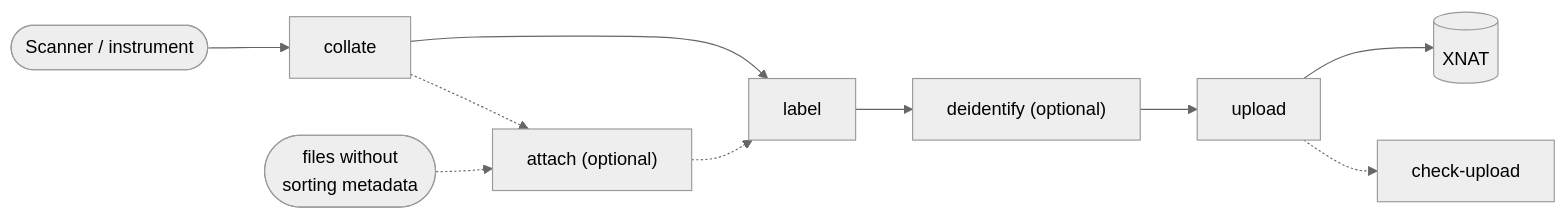
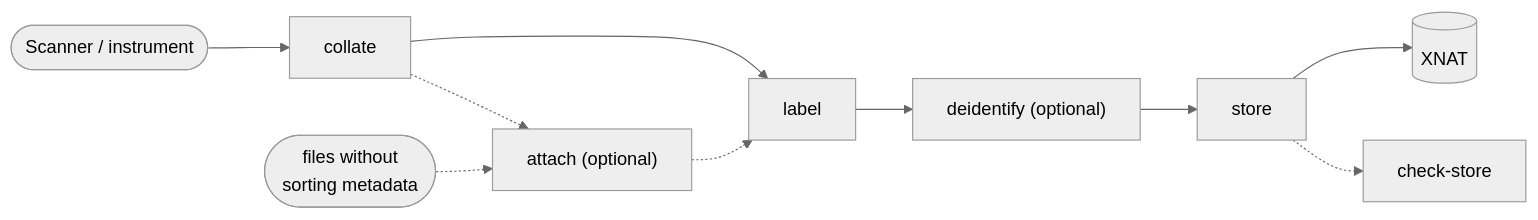
One commit to Australian-Imaging-Service/xnat-ingest changed the diagram in README.md. Above: the diagram before and after it, drawn with Mermaid (neutral theme). The commit also changed 46 other files, not shown here.

Commit message:
renamed upload to store

````diff
--- a/README.md
+++ b/README.md
@@ -25,13 +25,13 @@
 ```mermaid
 flowchart LR
     Scanner(["Scanner / instrument"]) --> Collate["collate"]
     Collate --> Label["label"]
     Label --> Deidentify["deidentify (optional)"]
-    Deidentify --> Upload["upload"]
-    Upload --> XNAT[("XNAT")]
-    Upload -.-> CheckUpload["check-upload"]
+    Deidentify --> Store["store"]
+    Store --> XNAT[("XNAT")]
+    Store -.-> CheckStore["check-store"]
 
     Extra(["files without\nsorting metadata"]) -.-> Attach["attach (optional)"]
     Collate -.-> Attach
     Attach -.-> Label
 ```
````
